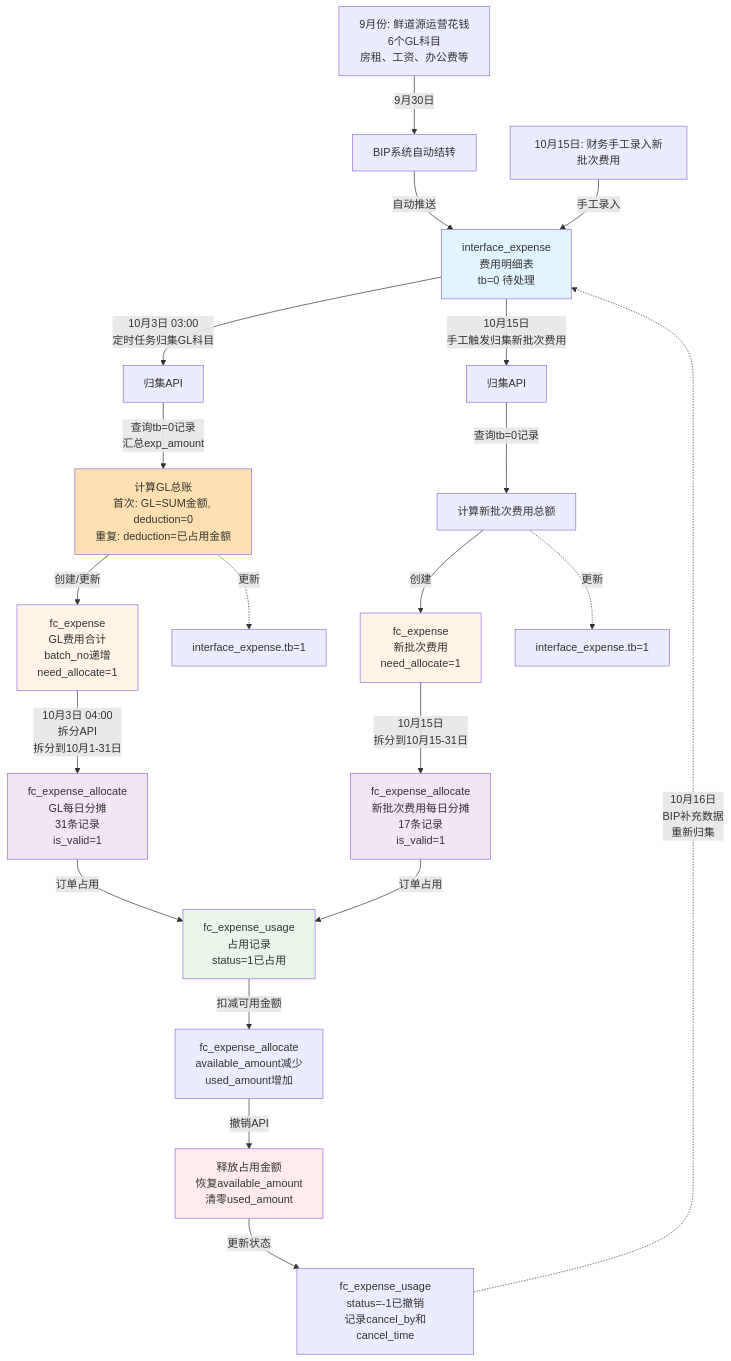
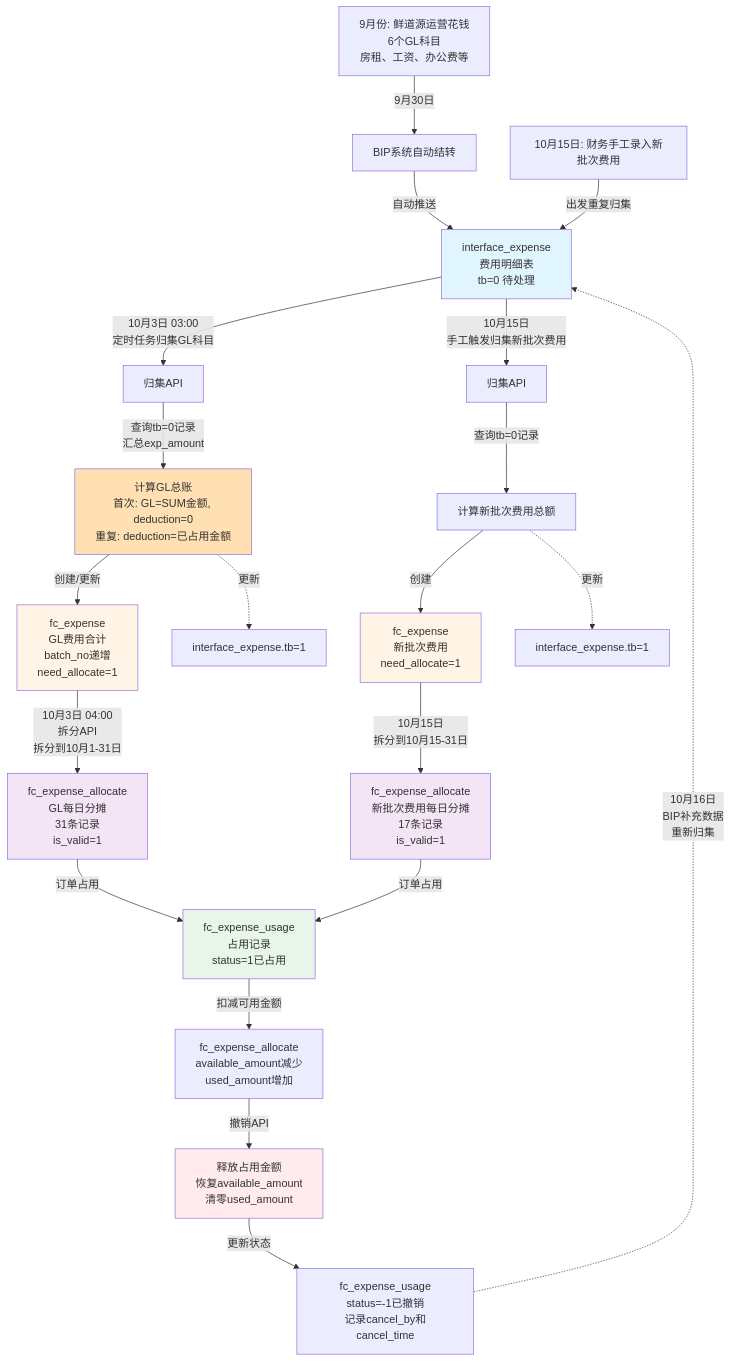
One commit to garyma-ai01/clearing-system changed the first of 7 diagrams in 费用多次归集说明.md. Above: the diagram before and after it, drawn with Mermaid.

````diff
--- a/费用多次归集说明.md
+++ b/费用多次归集说明.md
@@ -39,46 +39,46 @@
 ```mermaid
 graph TB
     Start[9月份: 鲜道源运营花钱<br/>6个GL科目<br/>房租、工资、办公费等] -->|9月30日| BIP[BIP系统自动结转]
     
-    Manual[10月15日: 财务手工录入新批次费用] -->|手工录入| IE[interface_expense<br/>费用明细表<br/>tb=0 待处理]
+    Manual[10月15日: 财务手工录入新批次费用] -->|出发重复归集| IE[interface_expense<br/>费用明细表<br/>tb=0 待处理]
     
     BIP -->|自动推送| IE
     
     IE -->|10月3日 03:00<br/>定时任务归集GL科目| Agg1[归集API]
     IE -->|10月15日<br/>手工触发归集新批次费用| Agg2[归集API]
     
     Agg1 -->|查询tb=0记录<br/>汇总exp_amount| CalcGL[计算GL总账<br/>首次: GL=SUM金额, deduction=0<br/>重复: deduction=已占用金额]
     
     Agg2 -->|查询tb=0记录| CalcTXF[计算新批次费用总额]
     
     CalcGL -->|创建/更新| FE1[fc_expense<br/>GL费用合计<br/>batch_no递增<br/>need_allocate=1]
     
     CalcTXF -->|创建| FE2[fc_expense<br/>新批次费用<br/>need_allocate=1]
     
     CalcGL -.->|更新| UpdateTB1[interface_expense.tb=1]
     CalcTXF -.->|更新| UpdateTB2[interface_expense.tb=1]
     
     FE1 -->|10月3日 04:00<br/>拆分API<br/>拆分到10月1-31日| Split1[fc_expense_allocate<br/>GL每日分摊<br/>31条记录<br/>is_valid=1]
     
     FE2 -->|10月15日<br/>拆分到10月15-31日| Split2[fc_expense_allocate<br/>新批次费用每日分摊<br/>17条记录<br/>is_valid=1]
     
     Split1 -->|订单占用| Occupy[fc_expense_usage<br/>占用记录<br/>status=1已占用]
     Split2 -->|订单占用| Occupy
     
     Occupy -->|扣减可用金额| Update1[fc_expense_allocate<br/>available_amount减少<br/>used_amount增加]
     
     Update1 -->|撤销API| Cancel[释放占用金额<br/>恢复available_amount<br/>清零used_amount]
     
     Cancel -->|更新状态| Update2[fc_expense_usage<br/>status=-1已撤销<br/>记录cancel_by和cancel_time]
     
     Update2 -.->|10月16日<br/>BIP补充数据<br/>重新归集| IE
     
     style IE fill:#e1f5ff
     style FE1 fill:#fff4e6
     style FE2 fill:#fff4e6
     style Split1 fill:#f3e5f5
     style Split2 fill:#f3e5f5
     style Occupy fill:#e8f5e9
     style Cancel fill:#ffebee
     style CalcGL fill:#ffe0b2
 ```
````
